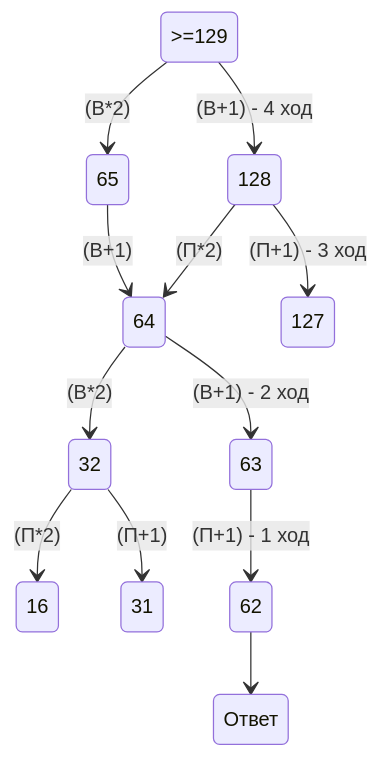
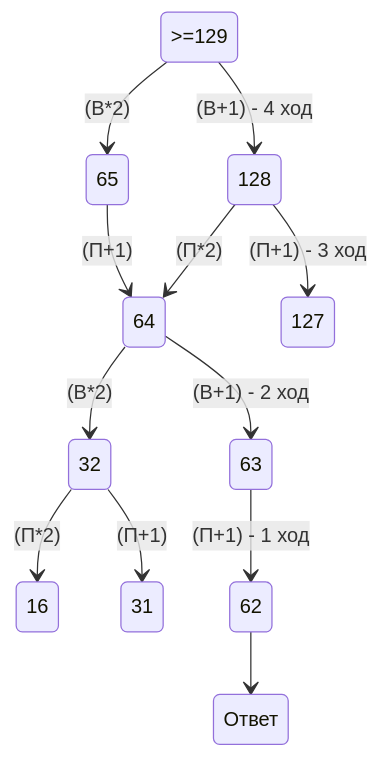
Before and after one commit to sosiska256/Pirogov-Egor-Maksimovich-122: the third of 3 diagrams in reshenie.md, drawn with Mermaid.

````diff
--- a/reshenie.md
+++ b/reshenie.md
@@ -39,14 +39,14 @@
 ```mermaid
 stateDiagram-v2
     >=129 --> 128:(В+1) - 4 ход
     >=129 --> 65:(В*2)
     128 --> 64:(П*2)
     128 --> 127:(П+1) - 3 ход
-    65 --> 64:(В+1)
+    65 --> 64:(П+1)
     64 --> 63:(В+1) - 2 ход
     64 --> 32:(В*2)
     63 --> 62:(П+1) - 1 ход
     32 --> 31:(П+1)
     32 --> 16:(П*2)
     62 --> Ответ
 ```
````
